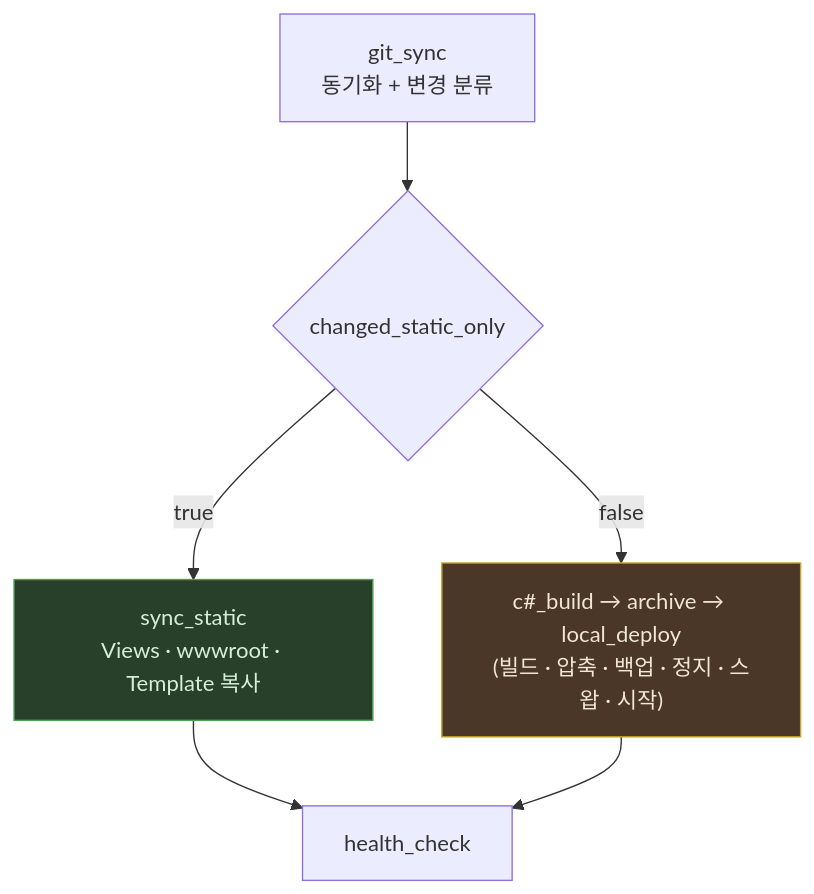
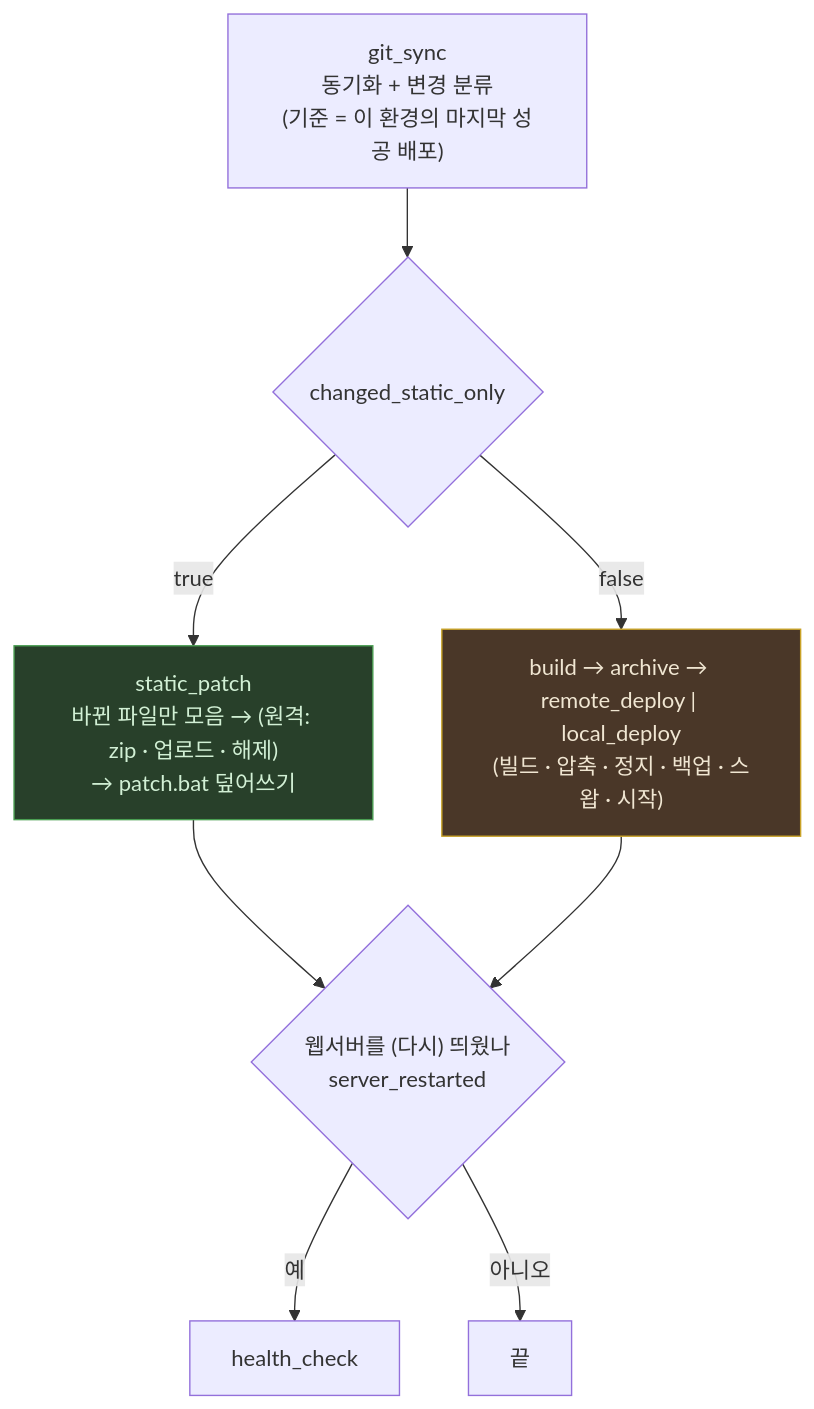
Before and after one commit to headwork/bas-node: the diagram in docs/design/배포/03_정적파일_빠른배포.md, drawn with Mermaid. The commit also changed other lines of this file and 18 other files, not shown here.

````diff
--- a/docs/design/배포/03_정적파일_빠른배포.md
+++ b/docs/design/배포/03_정적파일_빠른배포.md
@@ -28,11 +28,13 @@
 ```mermaid
 flowchart TD
-    A["git_sync<br/>동기화 + 변경 분류"] --> B{"changed_static_only"}
-    B -->|true| C["sync_static<br/>Views · wwwroot · Template 복사"]
-    B -->|false| D["c#_build → archive → local_deploy<br/>(빌드 · 압축 · 백업 · 정지 · 스왑 · 시작)"]
-    C --> E["health_check"]
+    A["git_sync<br/>동기화 + 변경 분류<br/>(기준 = 이 환경의 마지막 성공 배포)"] --> B{"changed_static_only"}
+    B -->|true| C["static_patch<br/>바뀐 파일만 모음 → (원격: zip · 업로드 · 해제)<br/>→ patch.bat 덮어쓰기"]
+    B -->|false| D["build → archive → remote_deploy | local_deploy<br/>(빌드 · 압축 · 정지 · 백업 · 스왑 · 시작)"]
+    C --> E{"웹서버를 (다시) 띄웠나<br/>server_restarted"}
     D --> E
+    E -->|예| F["health_check"]
+    E -->|아니오| G["끝"]
 
     style C fill:#28402a,stroke:#4a9e52,color:#d2f0d5
     style D fill:#4a3728,stroke:#c9a227,color:#f0e6d2
 ```
````
